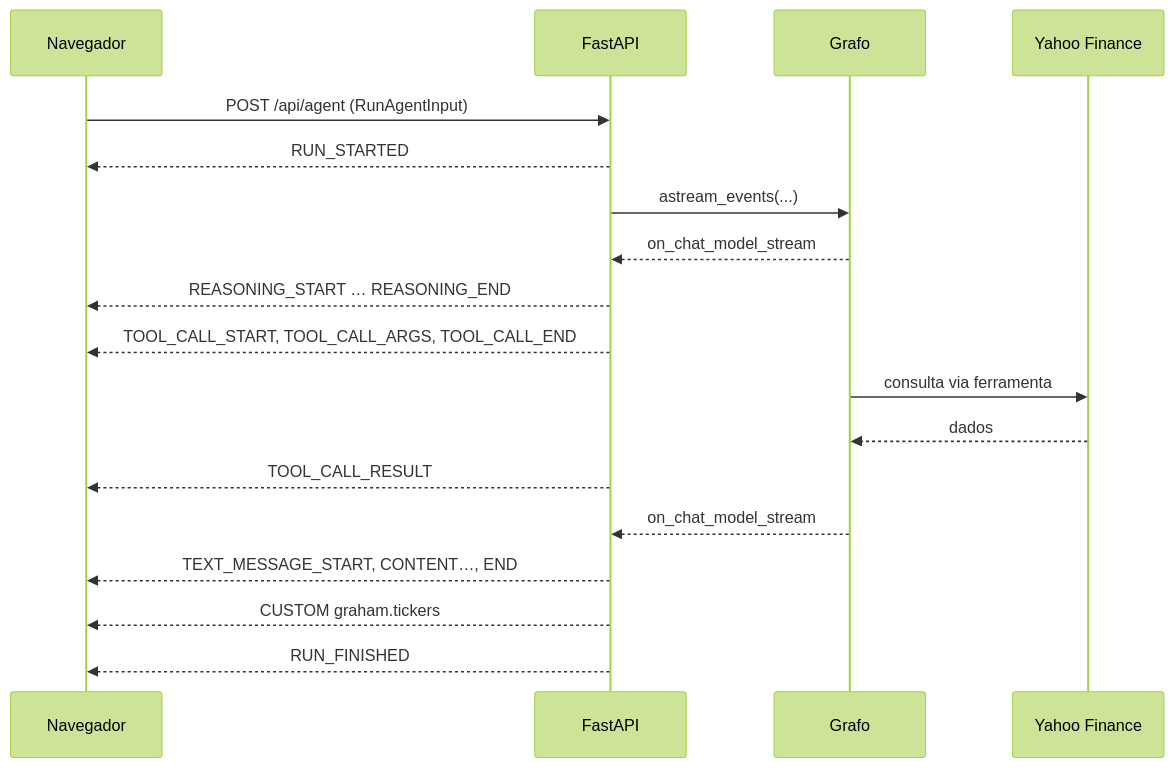
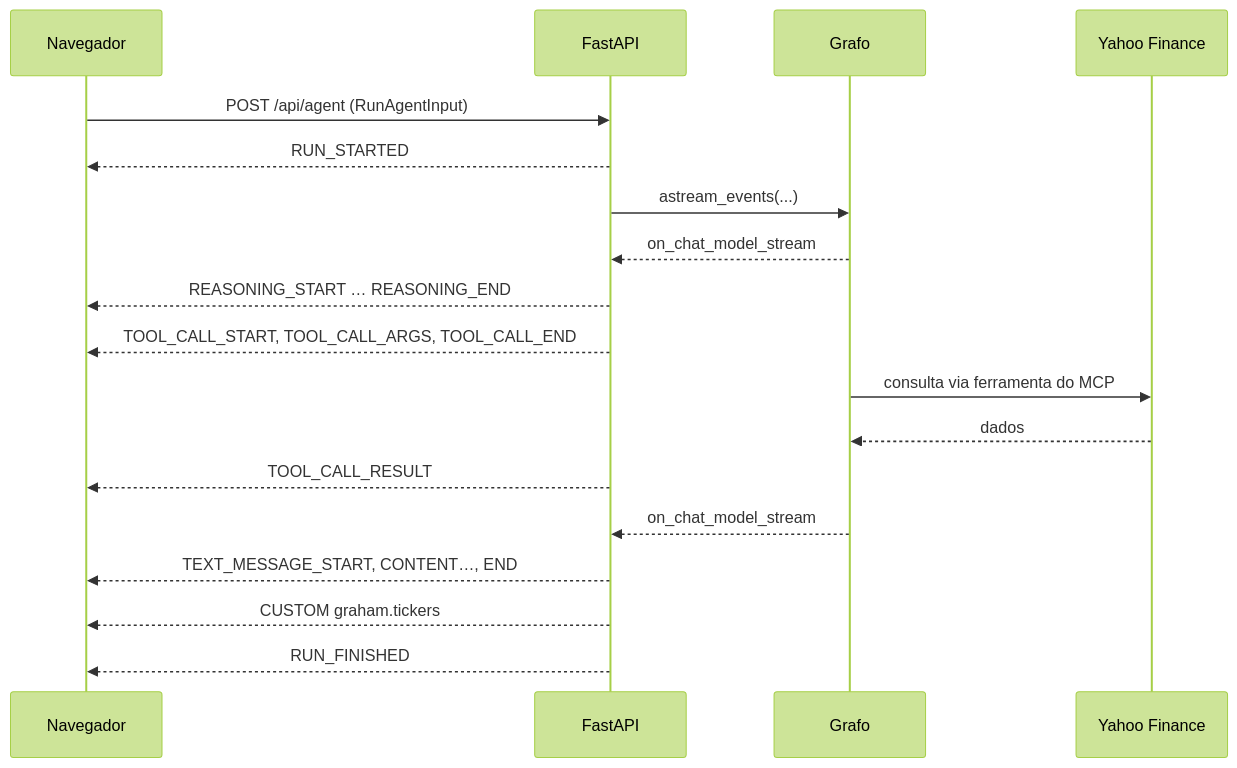
The second of 2 diagrams in README.md (MattMota/graham-agent), drawn with Mermaid (forest theme) before and after one commit. The commit also changed other lines of this file and 1 other file, not shown here.

````diff
--- a/README.md
+++ b/README.md
@@ -420,21 +422,21 @@
 ```mermaid
 sequenceDiagram
     participant N as Navegador
     participant S as FastAPI
     participant G as Grafo
     participant Y as Yahoo Finance
 
     N->>S: POST /api/agent (RunAgentInput)
     S-->>N: RUN_STARTED
     S->>G: astream_events(...)
     G-->>S: on_chat_model_stream
     S-->>N: REASONING_START … REASONING_END
     S-->>N: TOOL_CALL_START, TOOL_CALL_ARGS, TOOL_CALL_END
-    G->>Y: consulta via ferramenta
+    G->>Y: consulta via ferramenta do MCP
     Y-->>G: dados
     S-->>N: TOOL_CALL_RESULT
     G-->>S: on_chat_model_stream
     S-->>N: TEXT_MESSAGE_START, CONTENT…, END
     S-->>N: CUSTOM graham.tickers
     S-->>N: RUN_FINISHED
 ```
````
